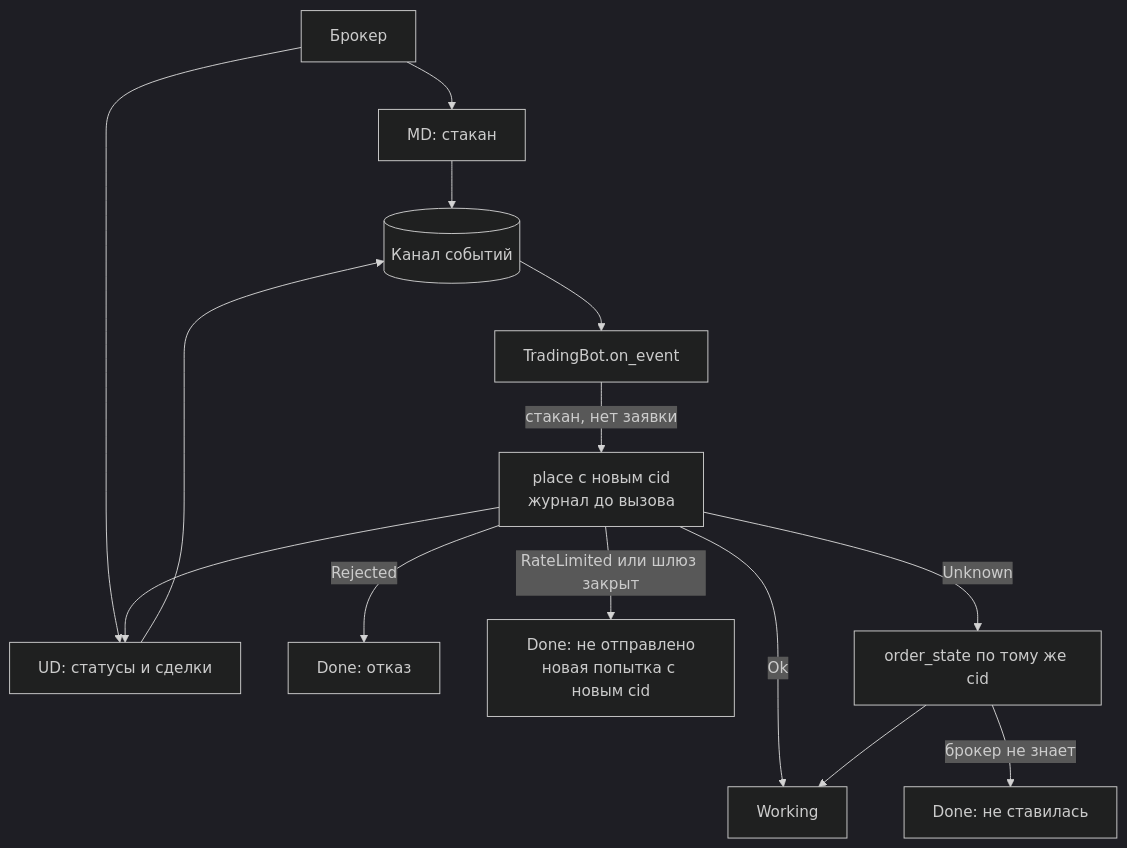
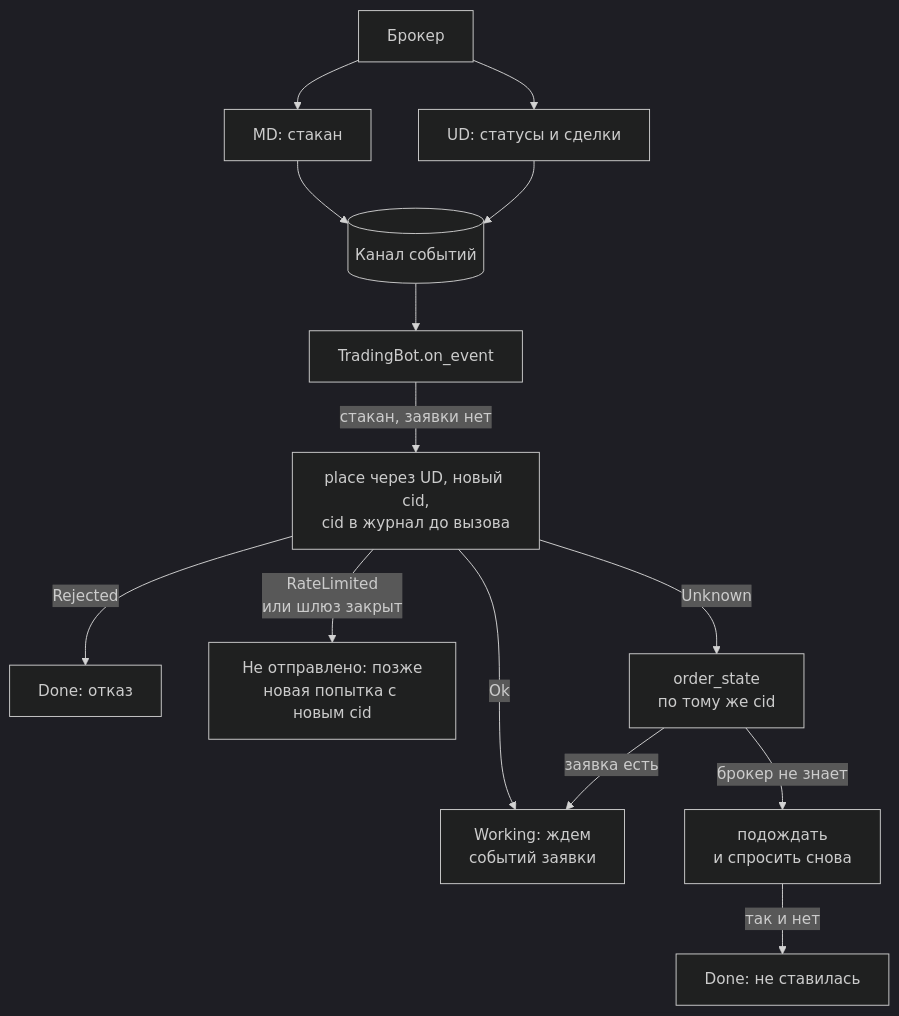
The diagram in docs/src/howto-trading-bot.md (runinfra/brokapi), drawn with Mermaid (dark theme) before and after one commit. The commit also changed 2 other files, not shown here.

Commit message:
Docs: readable diagrams on phones, retry before giving up an unknown order
The contract diagram no longer starts labels with a list marker (rendered as an error). The
infrastructure diagram stacks the three brokers. The trading bot diagram waits and asks the broker
again before treating an unknown order as not placed, as described on the orders page.

````diff
--- a/docs/src/howto-trading-bot.md
+++ b/docs/src/howto-trading-bot.md
@@ -17,16 +17,16 @@
 ```mermaid
 flowchart TB
   BR[Брокер] --> MD[MD: стакан]
   BR --> UD[UD: статусы и сделки]
   MD --> Q[(Канал событий)]
   UD --> Q
   Q --> BOT[TradingBot.on_event]
-  BOT -- стакан, нет заявки --> P[place с новым cid<br>журнал до вызова]
-  P --> UD
-  P -- Ok --> W[Working]
+  BOT -- стакан, заявки нет --> P[place через UD, новый cid,<br>cid в журнал до вызова]
+  P -- Ok --> W[Working: ждем<br>событий заявки]
   P -- Rejected --> D[Done: отказ]
-  P -- RateLimited или шлюз закрыт --> N[Done: не отправлено<br>новая попытка с новым cid]
-  P -- Unknown --> U[order_state по тому же cid]
-  U --> W
-  U -- брокер не знает --> D2[Done: не ставилась]
+  P -- RateLimited<br>или шлюз закрыт --> N[Не отправлено: позже<br>новая попытка с новым cid]
+  P -- Unknown --> U[order_state<br>по тому же cid]
+  U -- заявка есть --> W
+  U -- брокер не знает --> A[подождать<br>и спросить снова]
+  A -- так и нет --> D2[Done: не ставилась]
 ```
````
